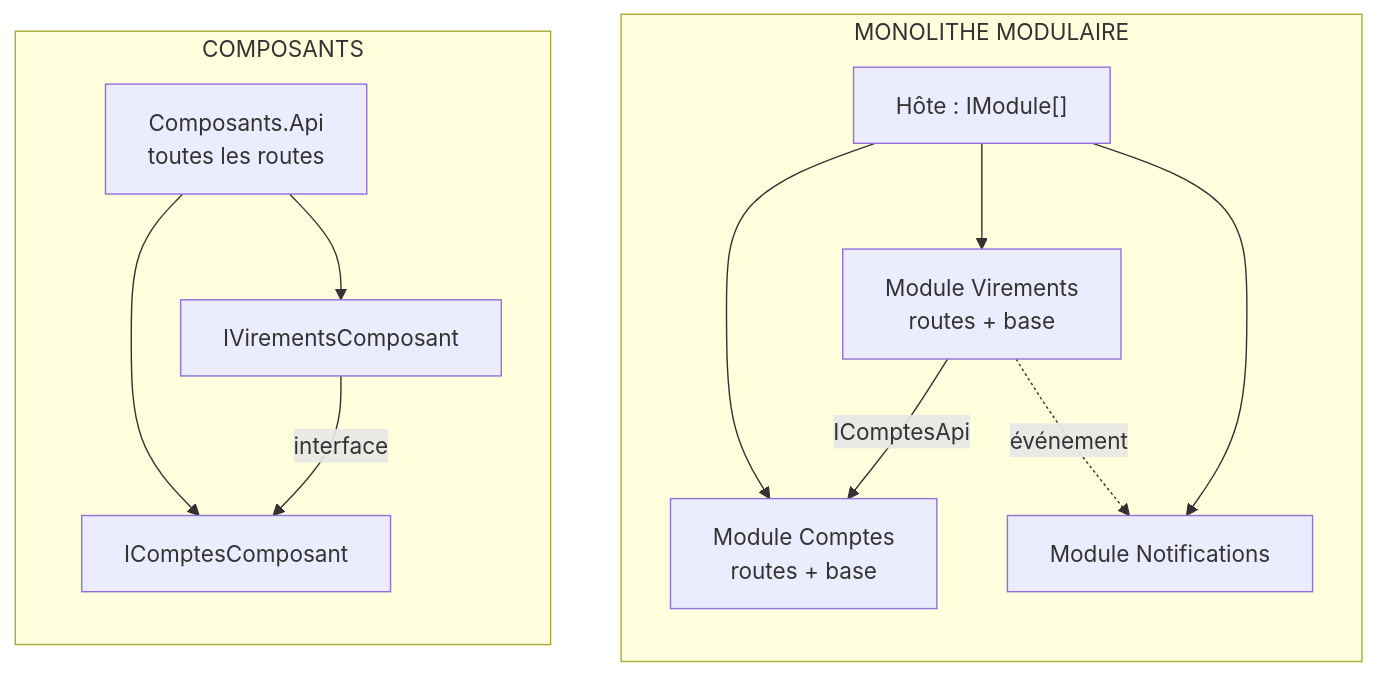
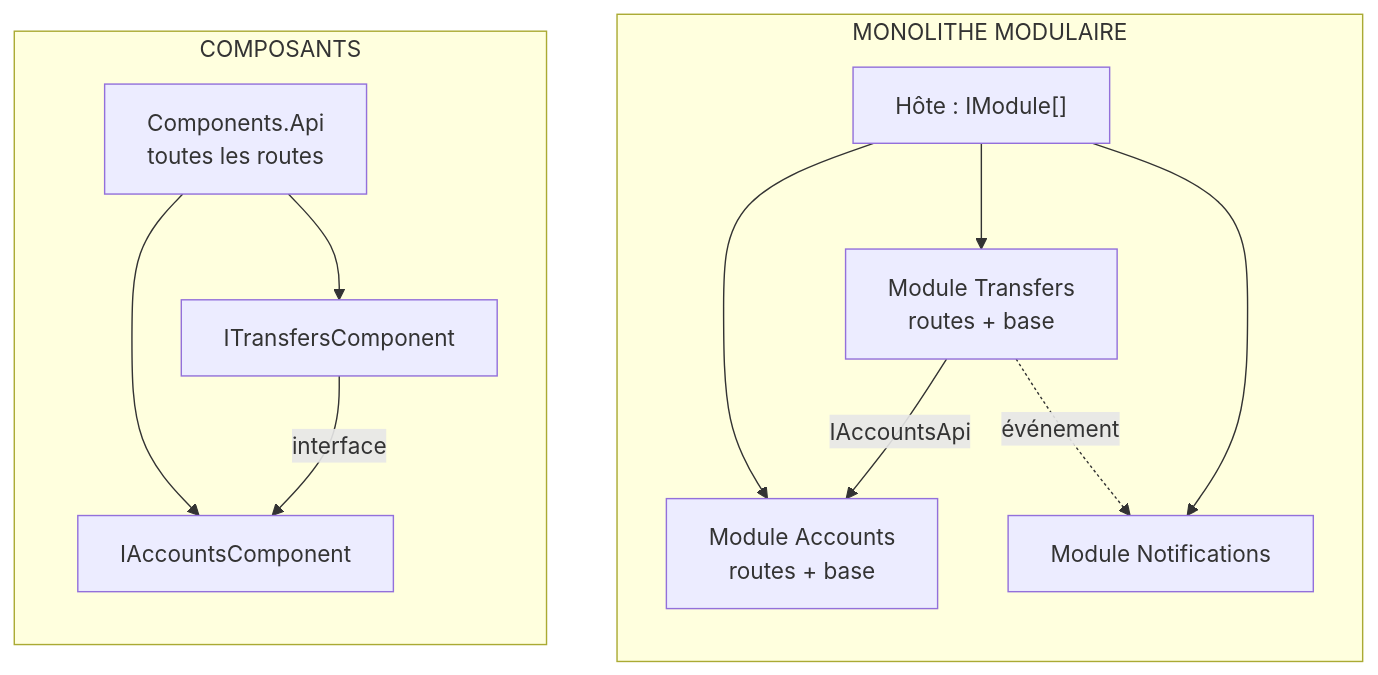
Before and after one commit to drangoht/ArchitecturesDemo: the diagram in Docs/differences/08-composants-vs-monolithe-modulaire.md, drawn with Mermaid. The commit also changed other lines of this file and 70 other files, not shown here.

Commit message:
Docs FR : identifiants, liens, diagrammes et sorties alignés sur le code anglais

````diff
--- a/Docs/differences/08-composants-vs-monolithe-modulaire.md
+++ b/Docs/differences/08-composants-vs-monolithe-modulaire.md
@@ -38,18 +38,18 @@
 ```mermaid
 flowchart LR
     subgraph C["COMPOSANTS"]
         direction TB
-        API["Composants.Api<br/>toutes les routes"] --> IC["IComptesComposant"]
-        API --> IV["IVirementsComposant"]
+        API["Components.Api<br/>toutes les routes"] --> IC["IAccountsComponent"]
+        API --> IV["ITransfersComponent"]
         IV -->|"interface"| IC
     end
     subgraph M["MONOLITHE MODULAIRE"]
         direction TB
-        H["Hôte : IModule[]"] --> MC["Module Comptes<br/>routes + base"]
-        H --> MV["Module Virements<br/>routes + base"]
+        H["Hôte : IModule[]"] --> MC["Module Accounts<br/>routes + base"]
+        H --> MV["Module Transfers<br/>routes + base"]
         H --> MN["Module Notifications"]
-        MV -->|"IComptesApi"| MC
+        MV -->|"IAccountsApi"| MC
         MV -.->|"événement"| MN
     end
     C ~~~ M
 ```
````
